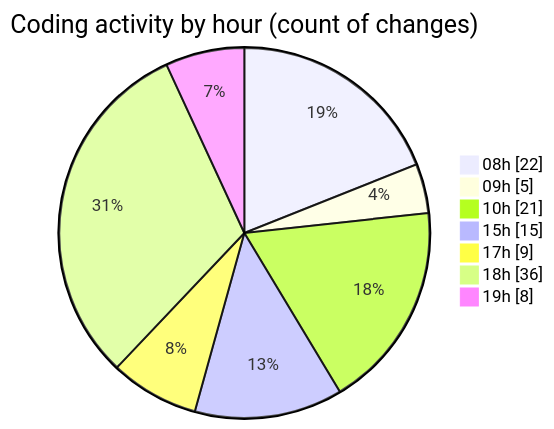
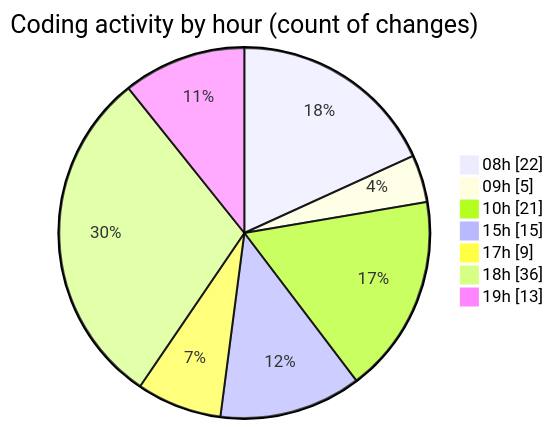
One commit to robertbonfada/code-tracking changed the second of 2 diagrams in 2025-02-17/mbc-web/README.md. Above: the diagram before and after it, drawn with Mermaid. The commit also changed other lines of this file and 1 other file, not shown here.

````diff
--- a/2025-02-17/mbc-web/README.md
+++ b/2025-02-17/mbc-web/README.md
@@ -48,11 +48,11 @@
 ```mermaid
 pie showData
 title Coding activity by hour (count of changes)
 "08h" : 22
 "09h" : 5
 "10h" : 21
 "15h" : 15
 "17h" : 9
 "18h" : 36
-"19h" : 8
+"19h" : 13
 ```
````
